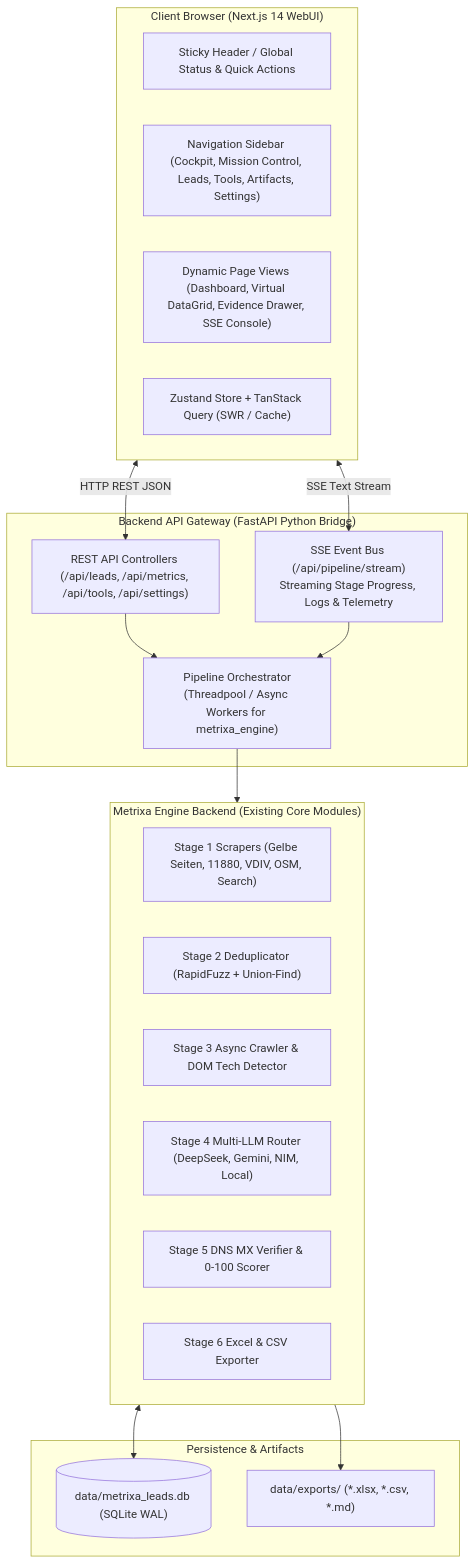
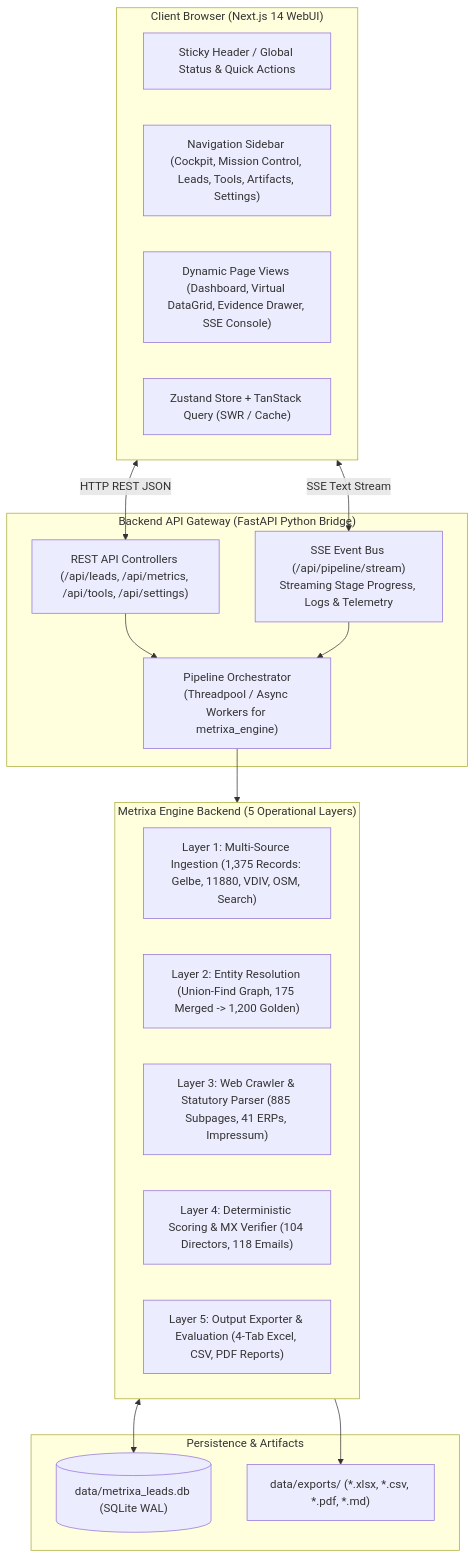
Before and after one commit to sainibhaowal/Metrixa-Systems: the first of 2 diagrams in docs/Web Plan/02_SYSTEM_ARCHITECTURE_AND_TECH_STACK.md, drawn with Mermaid. The commit also changed other lines of this file and 15 other files, not shown here.

Commit message:
docs: synchronize Web Plan and Working Docs with golden dataset and 5-layer architecture

````diff
--- a/docs/Web Plan/02_SYSTEM_ARCHITECTURE_AND_TECH_STACK.md
+++ b/docs/Web Plan/02_SYSTEM_ARCHITECTURE_AND_TECH_STACK.md
@@ -16,36 +16,35 @@
 ```mermaid
 flowchart TB
     subgraph Browser["Client Browser (Next.js 14 WebUI)"]
         UI_TOP["Sticky Header / Global Status & Quick Actions"]
         UI_SIDE["Navigation Sidebar (Cockpit, Mission Control, Leads, Tools, Artifacts, Settings)"]
         UI_PAGES["Dynamic Page Views (Dashboard, Virtual DataGrid, Evidence Drawer, SSE Console)"]
         STATE["Zustand Store + TanStack Query (SWR / Cache)"]
     end
 
     subgraph API_Bridge["Backend API Gateway (FastAPI Python Bridge)"]
         REST["REST API Controllers (/api/leads, /api/metrics, /api/tools, /api/settings)"]
         SSE["SSE Event Bus (/api/pipeline/stream)\nStreaming Stage Progress, Logs & Telemetry"]
         ORCH["Pipeline Orchestrator\n(Threadpool / Async Workers for metrixa_engine)"]
     end
 
-    subgraph Core_Engine["Metrixa Engine Backend (Existing Core Modules)"]
-        SCRAPERS["Stage 1 Scrapers (Gelbe Seiten, 11880, VDIV, OSM, Search)"]
-        DEDUPE["Stage 2 Deduplicator (RapidFuzz + Union-Find)"]
-        CRAWLER["Stage 3 Async Crawler & DOM Tech Detector"]
-        LLM["Stage 4 Multi-LLM Router (DeepSeek, Gemini, NIM, Local)"]
-        ENRICH["Stage 5 DNS MX Verifier & 0-100 Scorer"]
-        EXPORTER["Stage 6 Excel & CSV Exporter"]
+    subgraph Core_Engine["Metrixa Engine Backend (5 Operational Layers)"]
+        L1["Layer 1: Multi-Source Ingestion (1,375 Records: Gelbe, 11880, VDIV, OSM, Search)"]
+        L2["Layer 2: Entity Resolution (Union-Find Graph, 175 Merged -> 1,200 Golden)"]
+        L3["Layer 3: Web Crawler & Statutory Parser (885 Subpages, 41 ERPs, Impressum)"]
+        L4["Layer 4: Deterministic Scoring & MX Verifier (104 Directors, 118 Emails)"]
+        L5["Layer 5: Output Exporter & Evaluation (4-Tab Excel, CSV, PDF Reports)"]
     end
 
     subgraph Storage["Persistence & Artifacts"]
         DB[("data/metrixa_leads.db (SQLite WAL)")]
-        EXPORTS["data/exports/ (*.xlsx, *.csv, *.md)"]
+        EXPORTS["data/exports/ (*.xlsx, *.csv, *.pdf, *.md)"]
     end
 
     Browser <-->|HTTP REST JSON| REST
     Browser <-->|SSE Text Stream| SSE
     REST & SSE --> ORCH
     ORCH --> Core_Engine
     Core_Engine <--> DB
     Core_Engine --> EXPORTS
 ```
````
